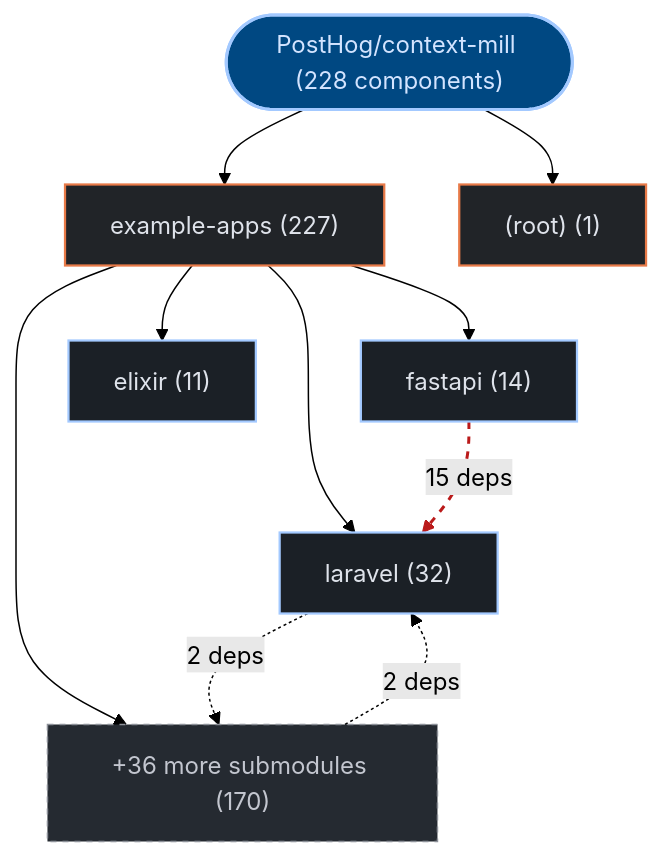
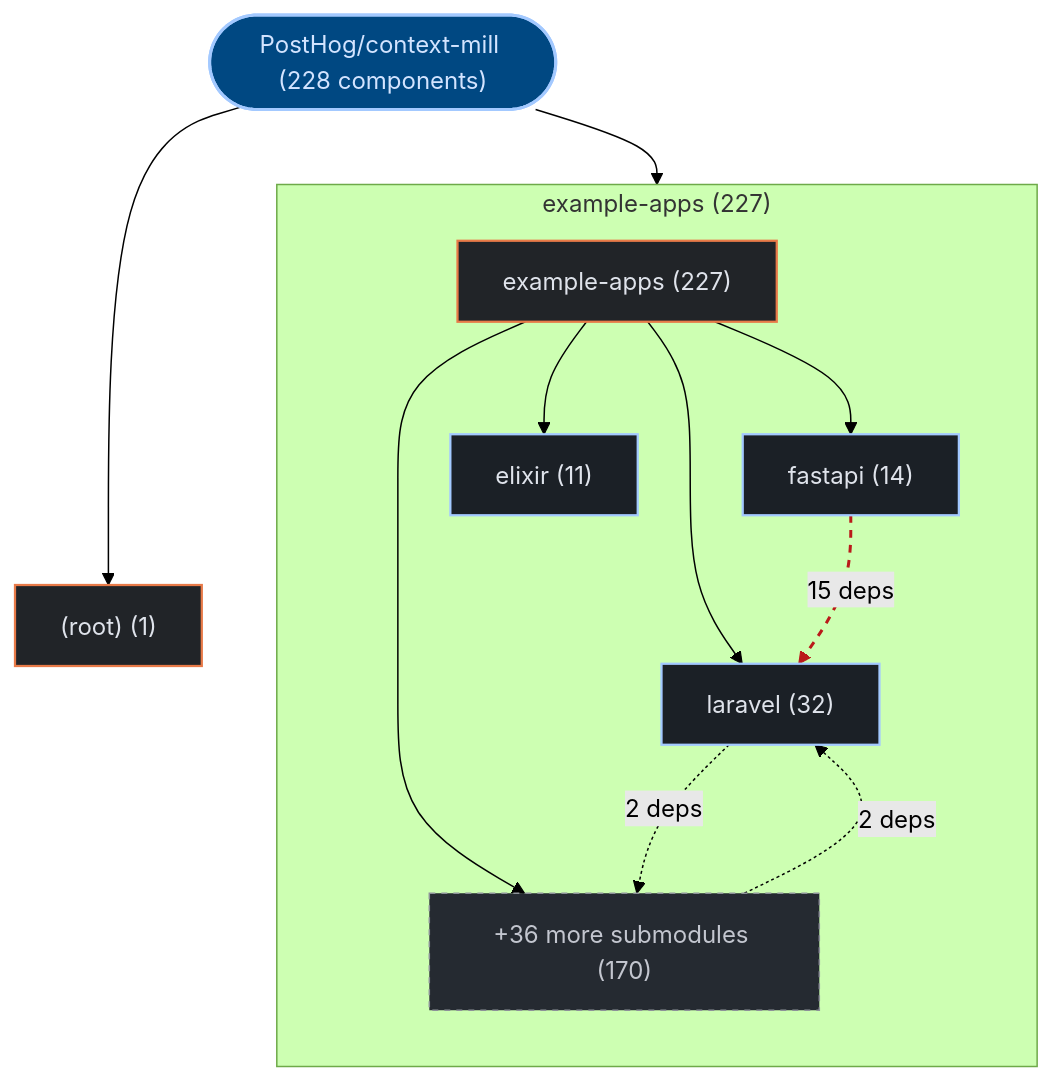
Before and after one commit to kumarshaz/atruss-code-atlas: the first of 3 diagrams in exports/latest/reports/PostHog-context-mill-report.md, drawn with Mermaid (forest theme). The commit also changed 178 other files, not shown here.

Commit message:
feat(ui,mermaid): upgrade to mermaid v12 + ELK layout, add orgs-summary + pagination, subgraph building blocks, fix tab alignment

````diff
--- a/exports/latest/reports/PostHog-context-mill-report.md
+++ b/exports/latest/reports/PostHog-context-mill-report.md
@@ -42,27 +42,30 @@
 ```mermaid
 graph TD;
   classDef atlasRoot fill:#004882,stroke:#a3c9ff,stroke-width:2px,color:#d3e4ff
   classDef atlasCategory fill:#212428,stroke:#E87A48,stroke-width:1.5px,color:#dfe3eb
   classDef atlasWorkflow fill:#1b2026,stroke:#a3c9ff,stroke-width:1.5px,color:#dfe3eb
   classDef atlasJob fill:#171c22,stroke:#8d9199,stroke-width:1px,color:#dfe3eb
   classDef atlasTarget fill:#005227,stroke:#8bd99b,stroke-width:1.5px,color:#a7f6b6
   classDef atlasAlert fill:#93000a,stroke:#ffb4ab,stroke-width:1.5px,color:#ffdad6
   classDef atlasMore fill:#252a31,stroke:#8d9199,stroke-dasharray:4 4,color:#c3c6cf
     repo_root(["PostHog/context-mill (228 components)"]):::atlasRoot
-    dir_0_example_apps["example-apps (227)"]:::atlasCategory
+    subgraph sg_dir_0_example_apps["example-apps (227)"]
+      direction TB
+      dir_0_example_apps["example-apps (227)"]:::atlasCategory
+      sub_0_0_laravel["laravel (32)"]:::atlasWorkflow
+      dir_0_example_apps --> sub_0_0_laravel
+      sub_0_1_fastapi["fastapi (14)"]:::atlasWorkflow
+      dir_0_example_apps --> sub_0_1_fastapi
+      sub_0_2_elixir["elixir (11)"]:::atlasWorkflow
+      dir_0_example_apps --> sub_0_2_elixir
+      sub_0_more["+36 more submodules (170)"]:::atlasMore
+      dir_0_example_apps --> sub_0_more
+    end
     repo_root --> dir_0_example_apps
-    sub_0_0_laravel["laravel (32)"]:::atlasWorkflow
-    dir_0_example_apps --> sub_0_0_laravel
-    sub_0_1_fastapi["fastapi (14)"]:::atlasWorkflow
-    dir_0_example_apps --> sub_0_1_fastapi
-    sub_0_2_elixir["elixir (11)"]:::atlasWorkflow
-    dir_0_example_apps --> sub_0_2_elixir
-    sub_0_more["+36 more submodules (170)"]:::atlasMore
-    dir_0_example_apps --> sub_0_more
     dir_1__root_["(root) (1)"]:::atlasCategory
     repo_root --> dir_1__root_
     sub_0_1_fastapi -.->|"15 deps"| sub_0_0_laravel
     sub_0_0_laravel -.->|"2 deps"| sub_0_more
     sub_0_more -.->|"2 deps"| sub_0_0_laravel
     linkStyle 6 stroke:#ba1a1a,stroke-width:2px,stroke-dasharray: 5 5
 ```
````
